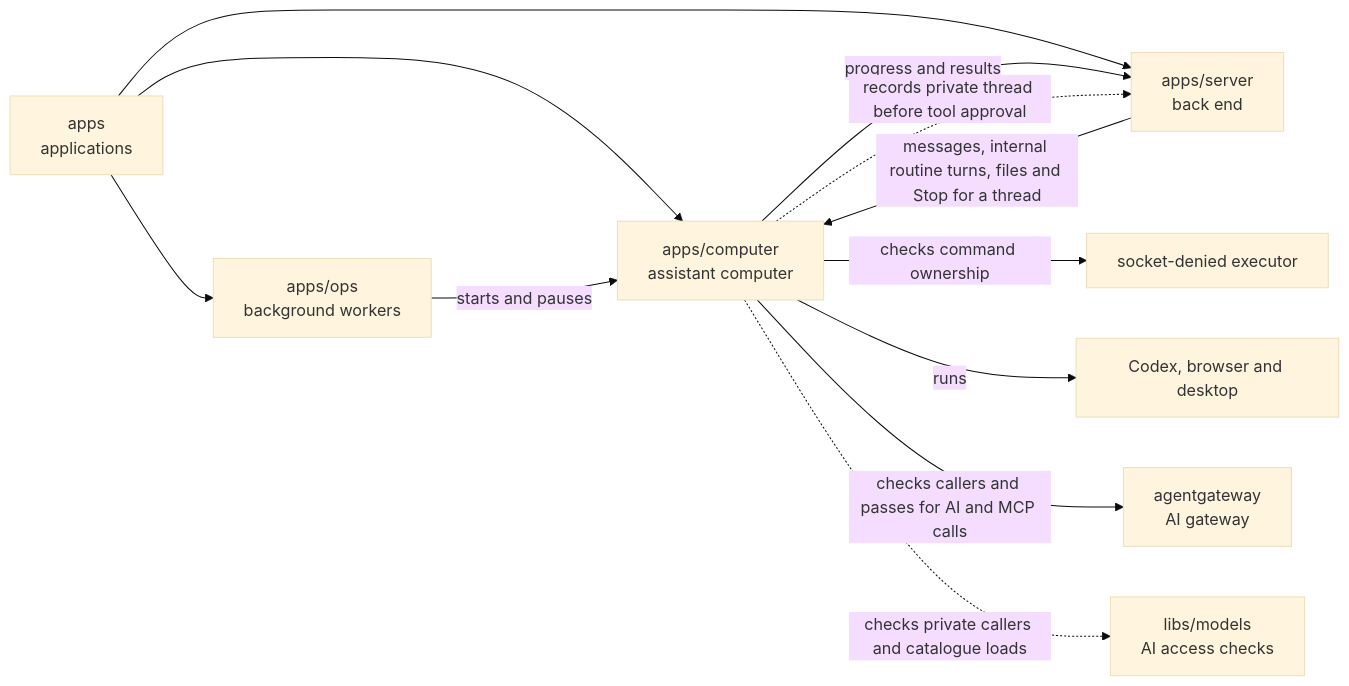
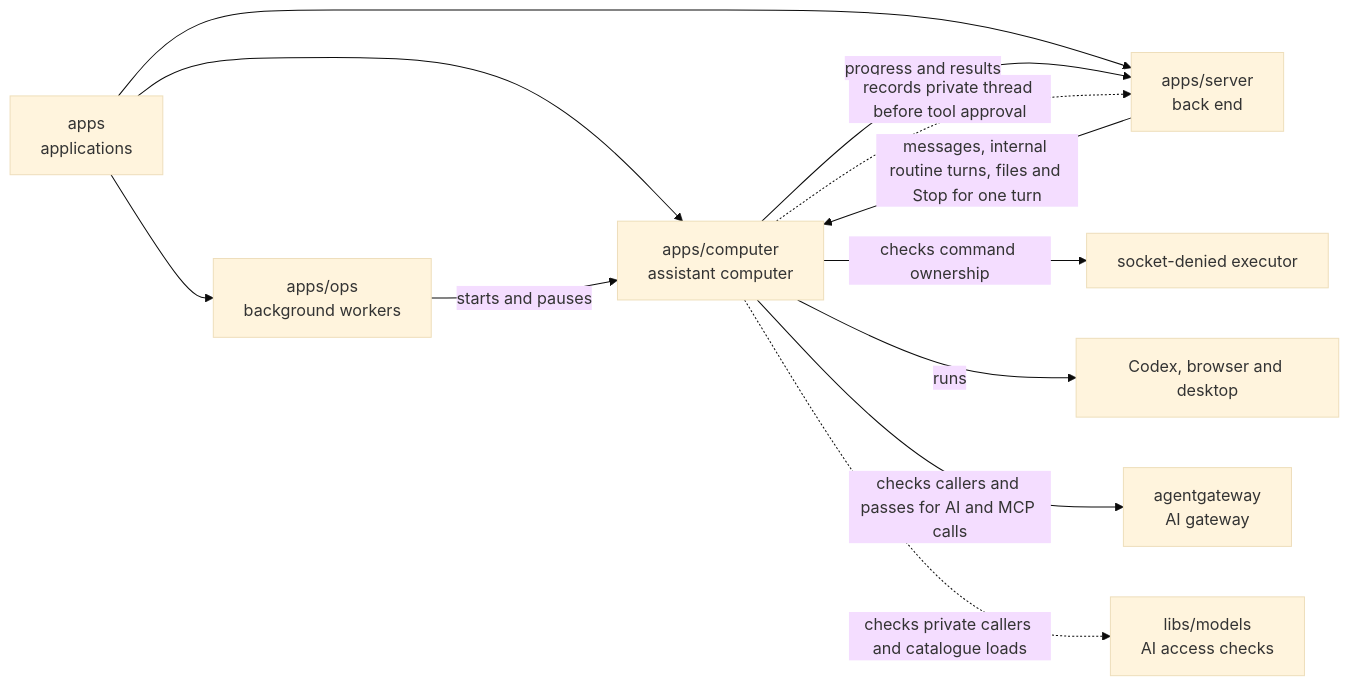
The diagram in apps/computer/README.md (elewa-git/opencrane-new), drawn with Mermaid (base theme) before and after one commit. The commit also changed other lines of this file and 6 other files, not shown here.

Commit message:
🛑 Share Stop removal and interruption for each exact turn

````diff
--- a/apps/computer/README.md
+++ b/apps/computer/README.md
@@ -16,14 +16,14 @@
 ```mermaid
 flowchart LR
   apps["apps<br/>applications"] --> computer["apps/computer<br/>assistant computer"]
   apps --> ops["apps/ops<br/>background workers"]
   apps --> server["apps/server<br/>back end"]
   ops -->|starts and pauses| computer
-  server -->|messages, internal routine turns, files and Stop for a thread| computer
+  server -->|messages, internal routine turns, files and Stop for one turn| computer
   computer -->|progress and results| server
   computer -.->|records private thread before tool approval| server
   computer -->|checks command ownership| executor["socket-denied executor"]
   computer -->|runs| desktop["Codex, browser and desktop"]
   computer -->|checks callers and passes for AI and MCP calls| gateway["agentgateway<br/>AI gateway"]
   computer -.->|checks private callers and catalogue loads| models["libs/models<br/>AI access checks"]
 ```
````
